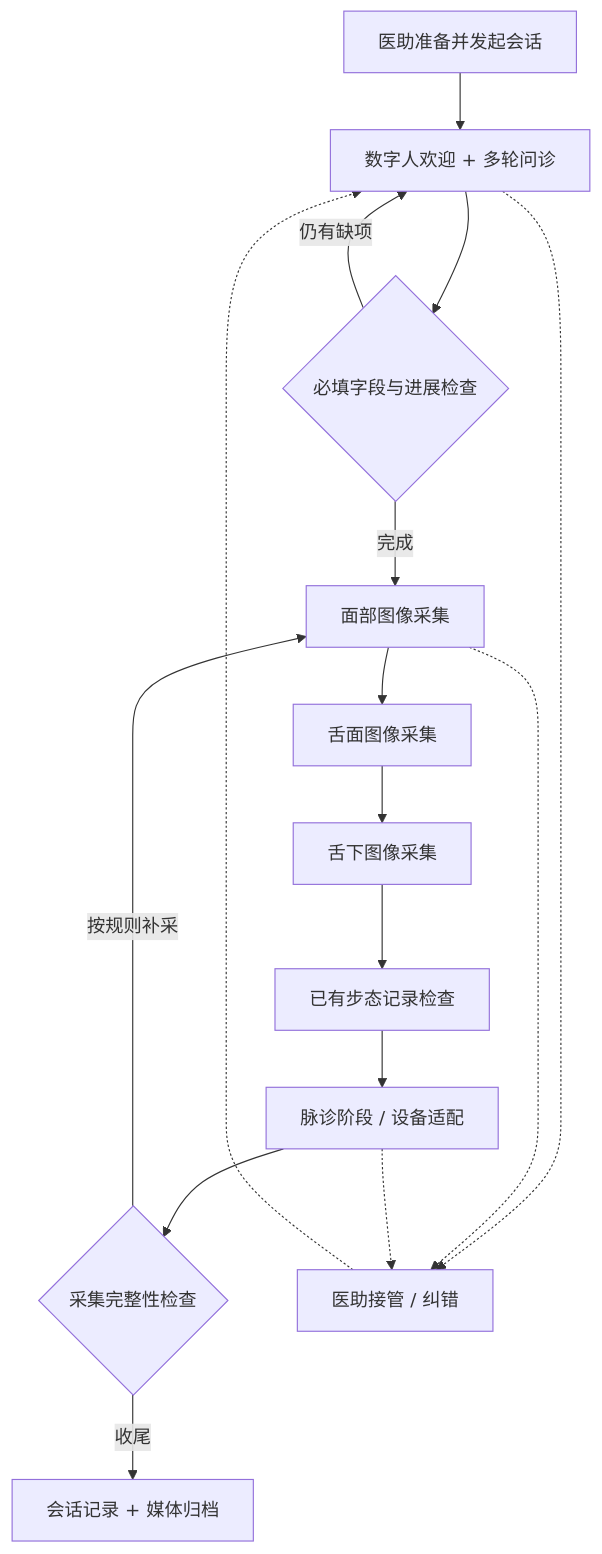
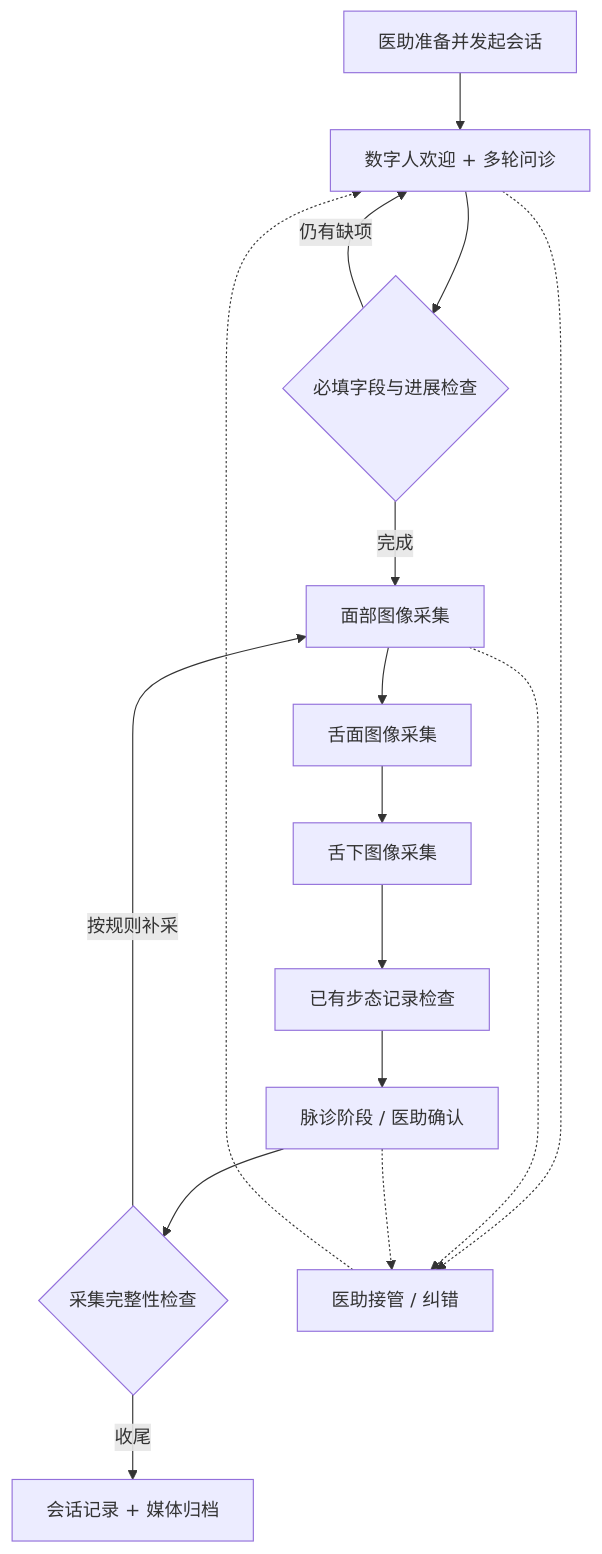
The third of 4 diagrams in docs/architecture.md (Shenchen-Liu/TCM-AI-Portfolio), drawn with Mermaid before and after one commit. The commit also changed other lines of this file, not shown here.

Commit message:
docs: align pulse architecture labels with verified device adaptation and pending workflow link

````diff
--- a/docs/architecture.md
+++ b/docs/architecture.md
@@ -109,18 +111,18 @@
 ```mermaid
 flowchart TD
   A["医助准备并发起会话"] --> W["数字人欢迎 + 多轮问诊"]
   W --> D{"必填字段与进展检查"}
   D -->|"仍有缺项"| W
   D -->|"完成"| F["面部图像采集"]
   F --> TT["舌面图像采集"]
   TT --> TB["舌下图像采集"]
   TB --> GAIT["已有步态记录检查"]
-  GAIT --> P["脉诊阶段 / 设备适配"]
+  GAIT --> P["脉诊阶段 / 医助确认"]
   P --> CHECK{"采集完整性检查"}
   CHECK -->|"按规则补采"| F
   CHECK -->|"收尾"| R["会话记录 + 媒体归档"]
   W -.-> H["医助接管 / 纠错"]
   F -.-> H
   P -.-> H
   H -.-> W
 ```
````
